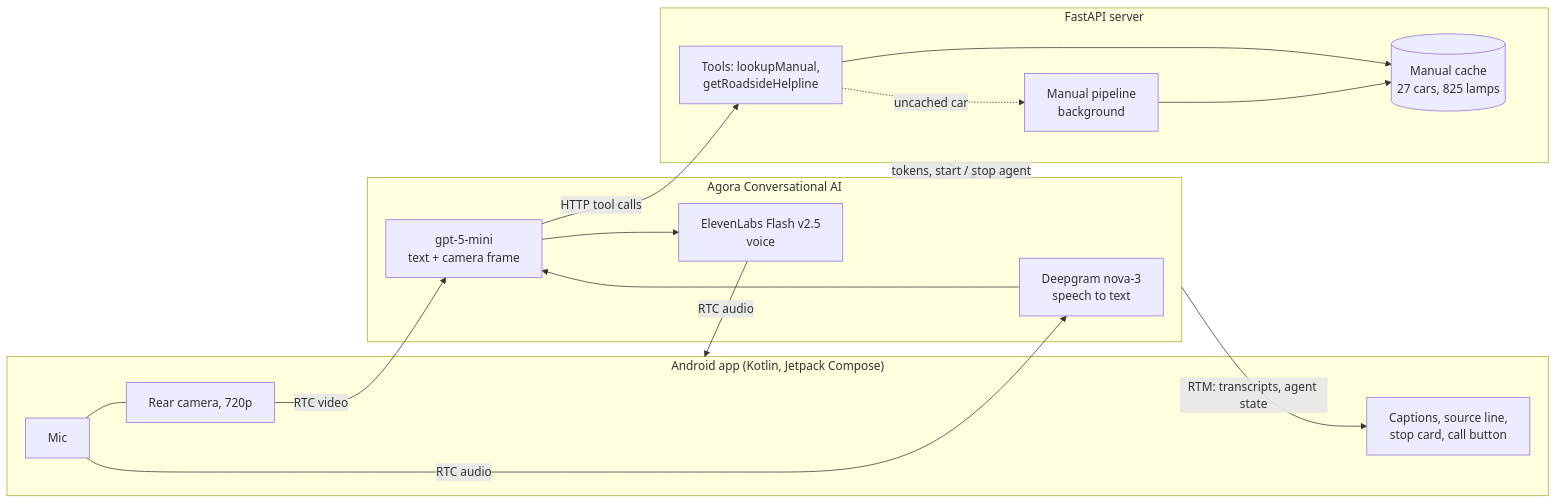
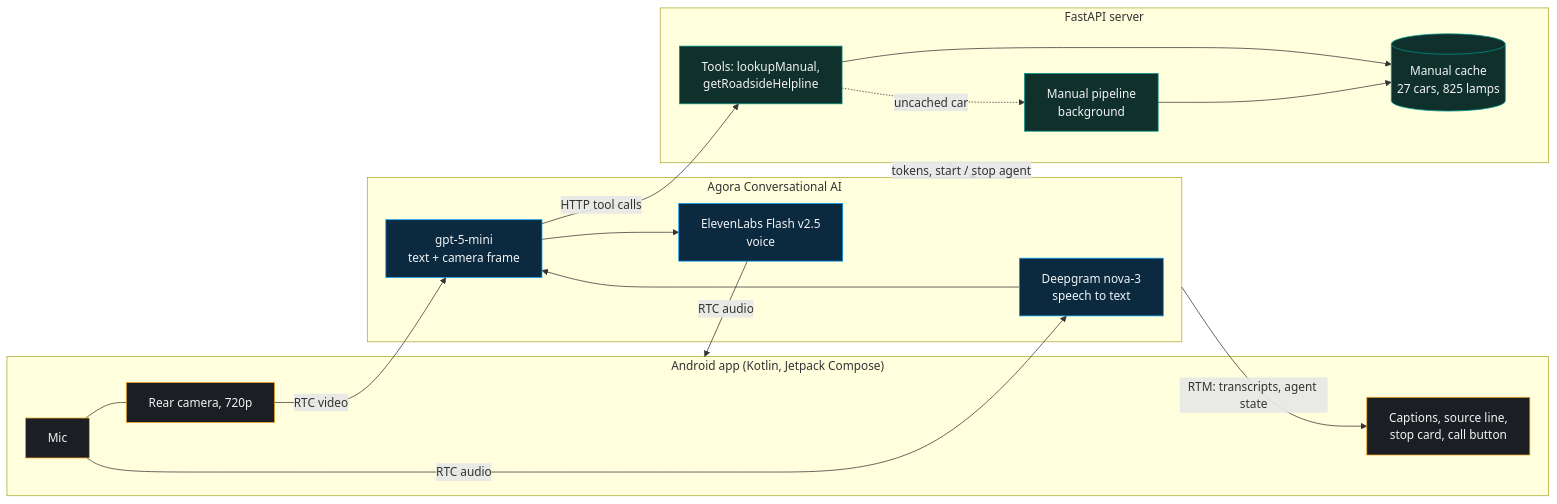
Before and after one commit to shubhh00/DashLens: the diagram in README.md, drawn with Mermaid. The commit also changed other lines of this file and 1 other file, not shown here.

````diff
--- a/README.md
+++ b/README.md
@@ -28,23 +93,29 @@
 ```mermaid
 flowchart LR
     subgraph Phone["Android app (Kotlin, Jetpack Compose)"]
         Mic[Mic] --- Cam[Rear camera, 720p]
         UI[Captions, source line,<br/>stop card, call button]
     end
     subgraph Agora["Agora Conversational AI"]
         ASR[Deepgram nova-3<br/>speech to text] --> LLM[gpt-5-mini<br/>text + camera frame] --> TTS[ElevenLabs Flash v2.5<br/>voice]
     end
     subgraph Server["FastAPI server"]
         Tools[Tools: lookupManual,<br/>getRoadsideHelpline]
         Cache[(Manual cache<br/>27 cars, 825 lamps)]
         Pipe[Manual pipeline<br/>background]
     end
     Mic -- RTC audio --> ASR
     Cam -- RTC video --> LLM
     TTS -- RTC audio --> Phone
     Agora -- RTM: transcripts, agent state --> UI
     LLM -- HTTP tool calls --> Tools
     Tools --> Cache
     Tools -. uncached car .-> Pipe --> Cache
     Server -- tokens, start / stop agent --> Agora
+    classDef phone fill:#1B1E23,stroke:#F5A623,color:#F2F3F5
+    classDef agora fill:#0B2A3F,stroke:#099DFD,color:#F2F3F5
+    classDef server fill:#10302B,stroke:#009688,color:#F2F3F5
+    class Mic,Cam,UI phone
+    class ASR,LLM,TTS agora
+    class Tools,Cache,Pipe server
 ```
````
